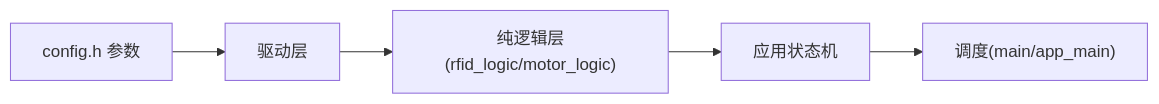
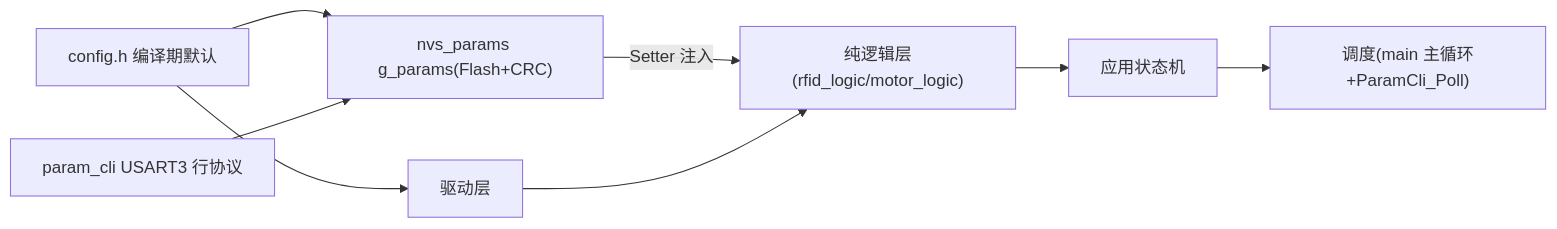
Before and after one commit to KNedwin/stm32-esp32-ai-test-car: the diagram in docs/知识库/stm32_rfid_tts_baremetal/SUMMARY.md, drawn with Mermaid. The commit also changed other lines of this file and 205 other files, not shown here.

````diff
--- a/docs/知识库/stm32_rfid_tts_baremetal/SUMMARY.md
+++ b/docs/知识库/stm32_rfid_tts_baremetal/SUMMARY.md
@@ -27,7 +28,10 @@
 ```mermaid
 graph LR
-    C["config.h 参数"] --> D["驱动层"]
-    D --> L["纯逻辑层(rfid_logic/motor_logic)"]
+    C["config.h 编译期默认"] --> N["nvs_params g_params(Flash+CRC)"]
+    CLI["param_cli USART3 行协议"] --> N
+    N -->|"Setter 注入"| L["纯逻辑层(rfid_logic/motor_logic)"]
+    C --> D["驱动层"]
+    D --> L
     L --> A["应用状态机"]
-    A --> M["调度(main/app_main)"]
+    A --> M["调度(main 主循环+ParamCli_Poll)"]
 ```
````
